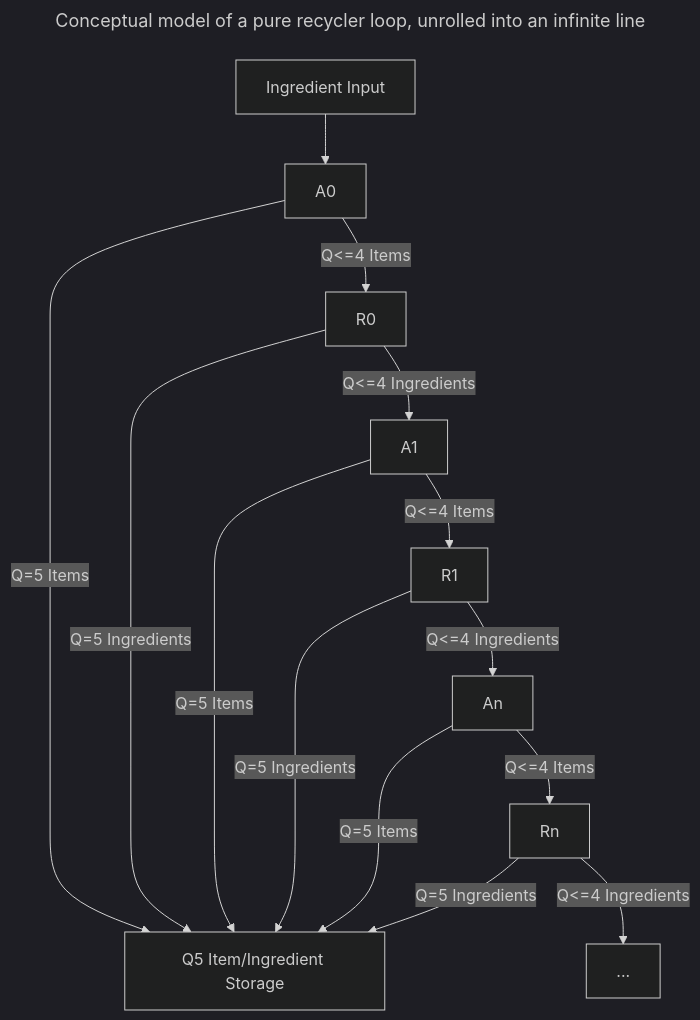
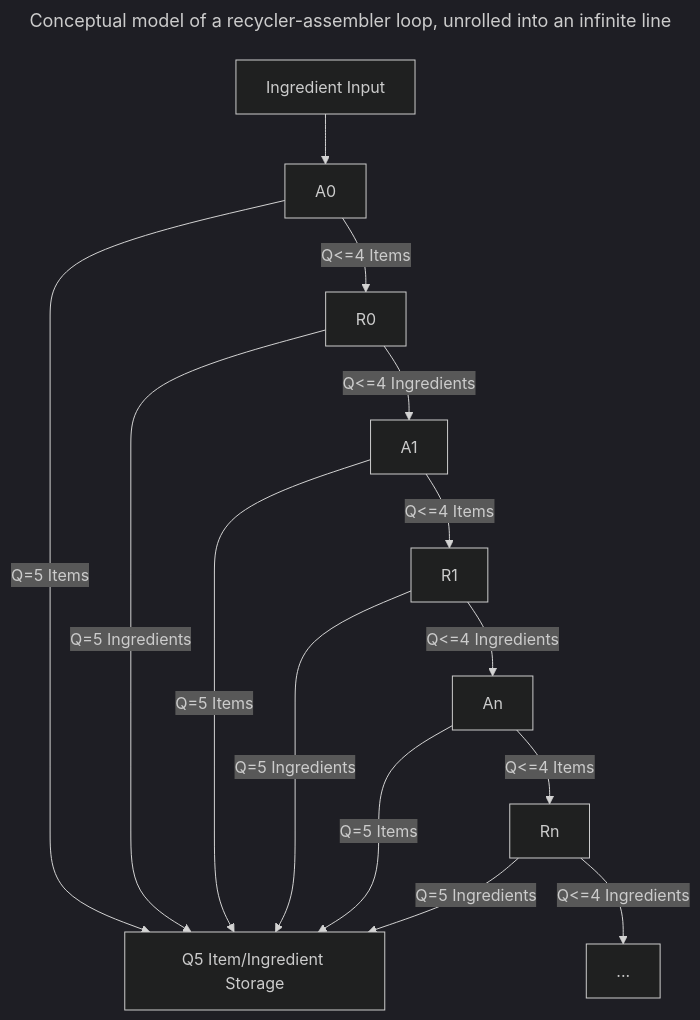
The second of 2 diagrams in blog/content/posts/factorio-recycler-assembler-loop.md (dfamonteiro/blog), drawn with Mermaid before and after one commit. The commit also changed other lines of this file, not shown here.

```diff
--- a/blog/content/posts/factorio-recycler-assembler-loop.md
+++ b/blog/content/posts/factorio-recycler-assembler-loop.md
@@ -51,26 +51,26 @@
 <pre style="text-align:center" class="mermaid">
 ---
-title: Conceptual model of a pure recycler loop, unrolled into an infinite line
+title: Conceptual model of a recycler-assembler loop, unrolled into an infinite line
 config:
   theme: dark
 ---
 flowchart TD
     A[Ingredient Input] --> A0
     A0 -->|Q<=4 Items| R0
     A0 -->|Q=5 Items| END[Q5 Item/Ingredient Storage]
 
     R0 -->|Q=5 Ingredients| END
     R0 -->|Q<=4 Ingredients| A1
 
     A1 -->|Q=5 Items| END
     A1 -->|Q<=4 Items| R1
 
     R1 -->|Q=5 Ingredients| END
     R1 -->|Q<=4 Ingredients|An[An]
 
     An -->|Q=5 Items| END
     An -->|Q<=4 Items|Rn1[Rn]
 
     Rn1 -->|Q=5 Ingredients| END
     Rn1 -->|Q<=4 Ingredients|Rn2[...]
 </pre>
```
